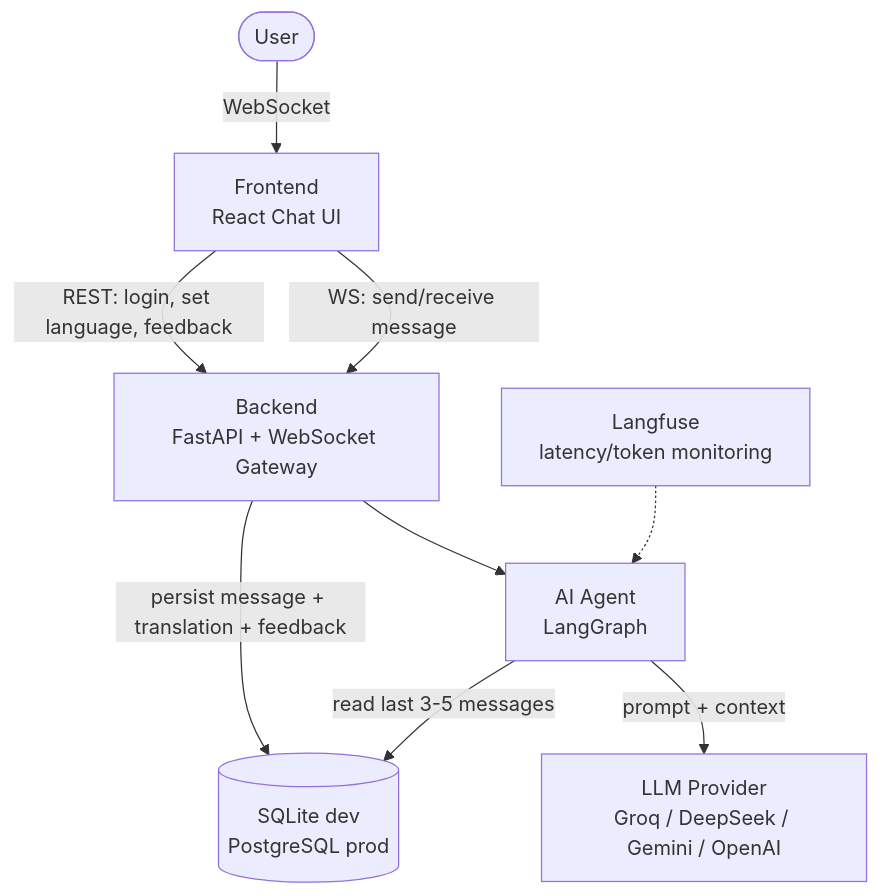
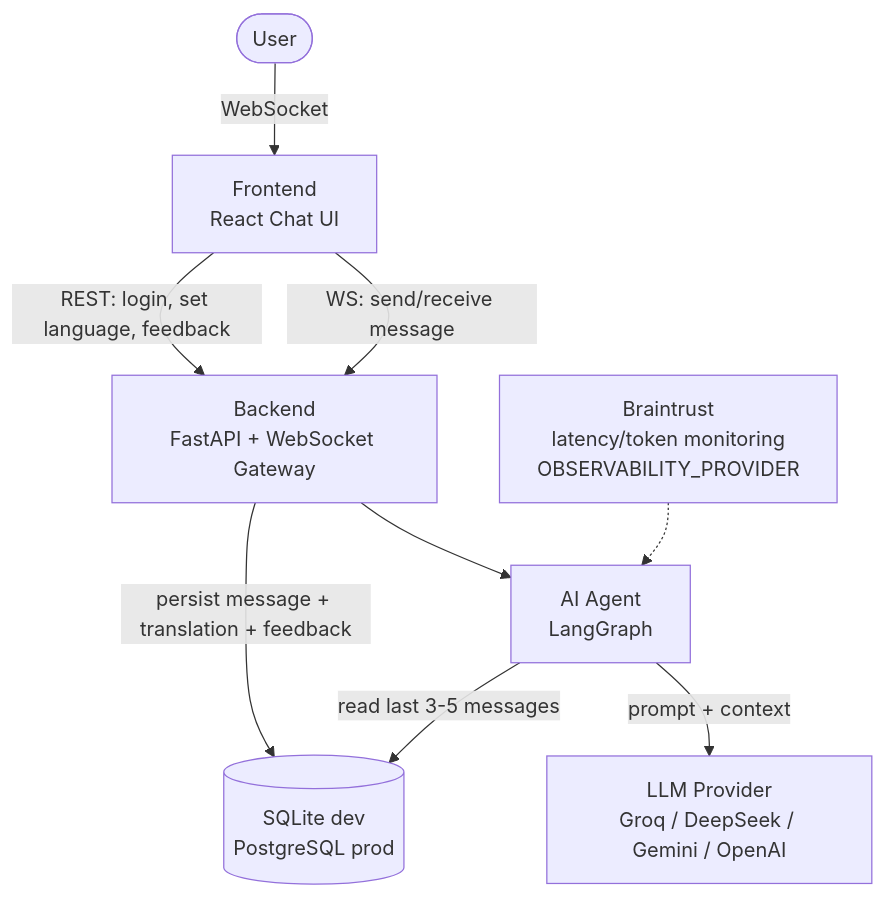
The first of 6 diagrams in docs/architecture_diagram.md (minh20003/linguaflow-ai), drawn with Mermaid before and after one commit. The commit also changed other lines of this file and 10 other files, not shown here.

````diff
--- a/docs/architecture_diagram.md
+++ b/docs/architecture_diagram.md
@@ -21,13 +21,13 @@
 ```mermaid
 graph TB
     User([User]) -->|WebSocket| FE[Frontend<br/>React Chat UI]
     FE -->|WS: send/receive message| BE[Backend<br/>FastAPI + WebSocket Gateway]
     FE -->|REST: login, set language, feedback| BE
 
     BE --> Agent[AI Agent<br/>LangGraph]
     Agent -->|prompt + context| LLM[LLM Provider<br/>Groq / DeepSeek / Gemini / OpenAI]
     Agent -->|read last 3-5 messages| DB[(SQLite dev<br/>PostgreSQL prod)]
     BE -->|persist message + translation + feedback| DB
 
-    Monitor[Langfuse<br/>latency/token monitoring] -.-> Agent
+    Monitor[Braintrust<br/>latency/token monitoring<br/>OBSERVABILITY_PROVIDER] -.-> Agent
 ```
````
